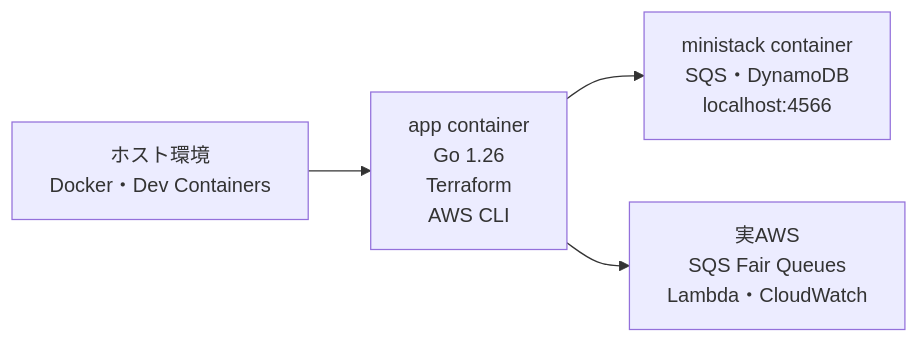
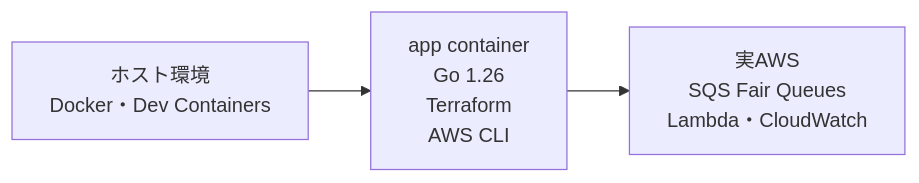
Before and after one commit to clep-raggedcloth/sqs-fair-queues-lab: the third of 4 diagrams in README.md, drawn with Mermaid. The commit also changed other lines of this file and 6 other files, not shown here.

````diff
--- a/README.md
+++ b/README.md
@@ -85,6 +84,5 @@
 ```mermaid
 flowchart LR
     Host["ホスト環境<br/>Docker・Dev Containers"] --> App["app container<br/>Go 1.26<br/>Terraform<br/>AWS CLI"]
-    App --> Mini["ministack container<br/>SQS・DynamoDB<br/>localhost:4566"]
     App --> AWS["実AWS<br/>SQS Fair Queues<br/>Lambda・CloudWatch"]
 ```
````
